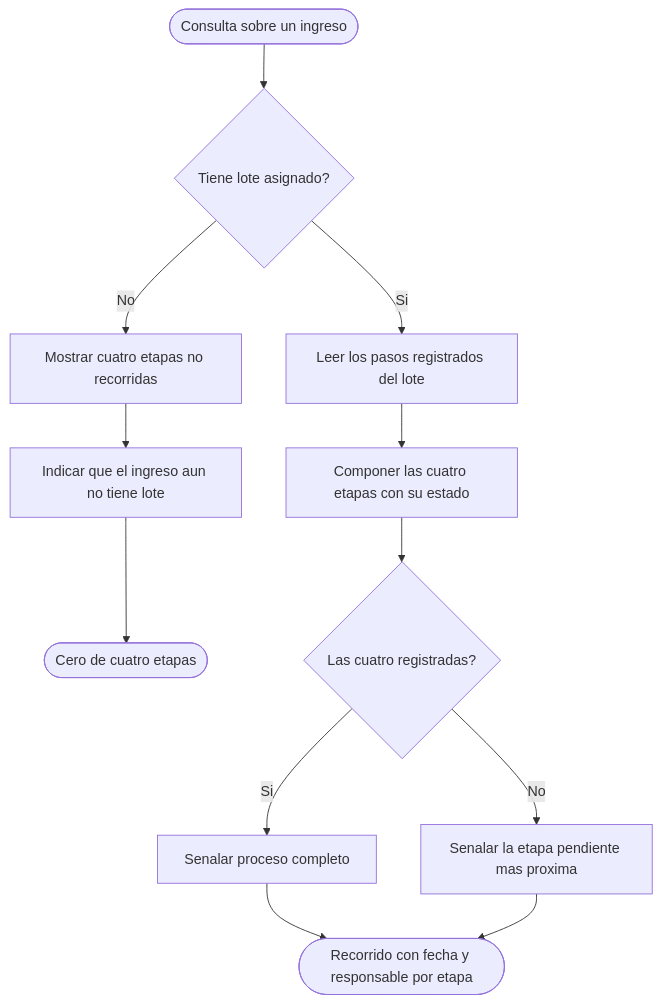
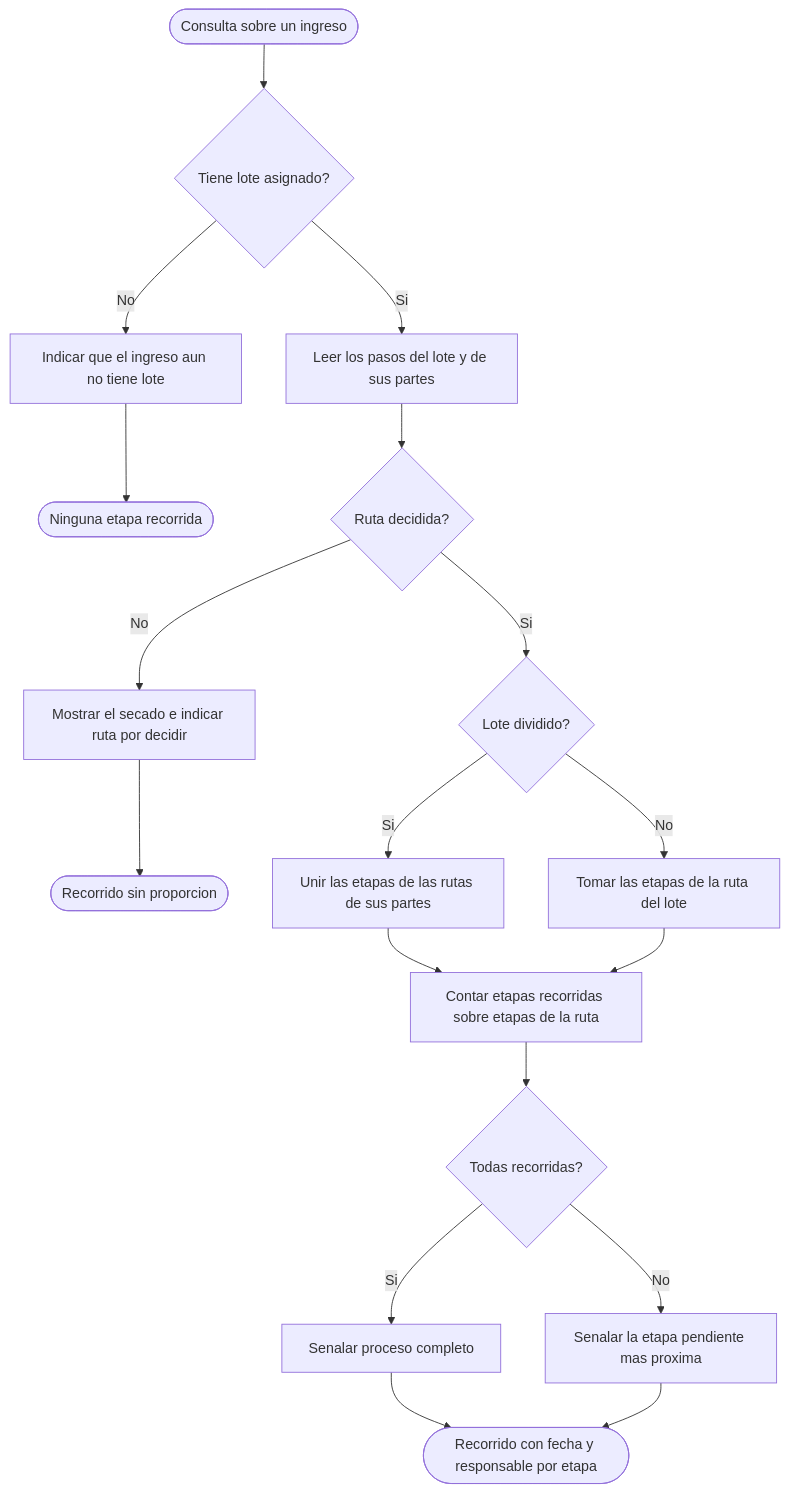
The third of 5 diagrams in docs/modulos/M06-trazabilidad/diagramas/actividades.md (adlerOmonte1/LogisticaMinera), drawn with Mermaid before and after one commit. The commit also changed other lines of this file and 9 other files, not shown here.

````diff
--- a/docs/modulos/M06-trazabilidad/diagramas/actividades.md
+++ b/docs/modulos/M06-trazabilidad/diagramas/actividades.md
@@ -63,14 +69,20 @@
 ```mermaid
 flowchart TD
     I([Consulta sobre un ingreso]) --> D1{Tiene lote asignado?}
-    D1 -->|No| M1[Mostrar cuatro etapas no recorridas]
-    M1 --> M2[Indicar que el ingreso aun no tiene lote]
-    M2 --> F1([Cero de cuatro etapas])
-    D1 -->|Si| C1[Leer los pasos registrados del lote]
-    C1 --> C2[Componer las cuatro etapas con su estado]
-    C2 --> D2{Las cuatro registradas?}
-    D2 -->|Si| M3[Senalar proceso completo]
-    D2 -->|No| M4[Senalar la etapa pendiente mas proxima]
-    M3 --> F2([Recorrido con fecha y responsable por etapa])
-    M4 --> F2
+    D1 -->|No| M1[Indicar que el ingreso aun no tiene lote]
+    M1 --> F1([Ninguna etapa recorrida])
+    D1 -->|Si| C1[Leer los pasos del lote y de sus partes]
+    C1 --> D2{Ruta decidida?}
+    D2 -->|No| M2[Mostrar el secado e indicar ruta por decidir]
+    M2 --> F2([Recorrido sin proporcion])
+    D2 -->|Si| D3{Lote dividido?}
+    D3 -->|Si| C2[Unir las etapas de las rutas de sus partes]
+    D3 -->|No| C3[Tomar las etapas de la ruta del lote]
+    C2 --> C4[Contar etapas recorridas sobre etapas de la ruta]
+    C3 --> C4
+    C4 --> D4{Todas recorridas?}
+    D4 -->|Si| M3[Senalar proceso completo]
+    D4 -->|No| M4[Senalar la etapa pendiente mas proxima]
+    M3 --> F3([Recorrido con fecha y responsable por etapa])
+    M4 --> F3
 ```
````
